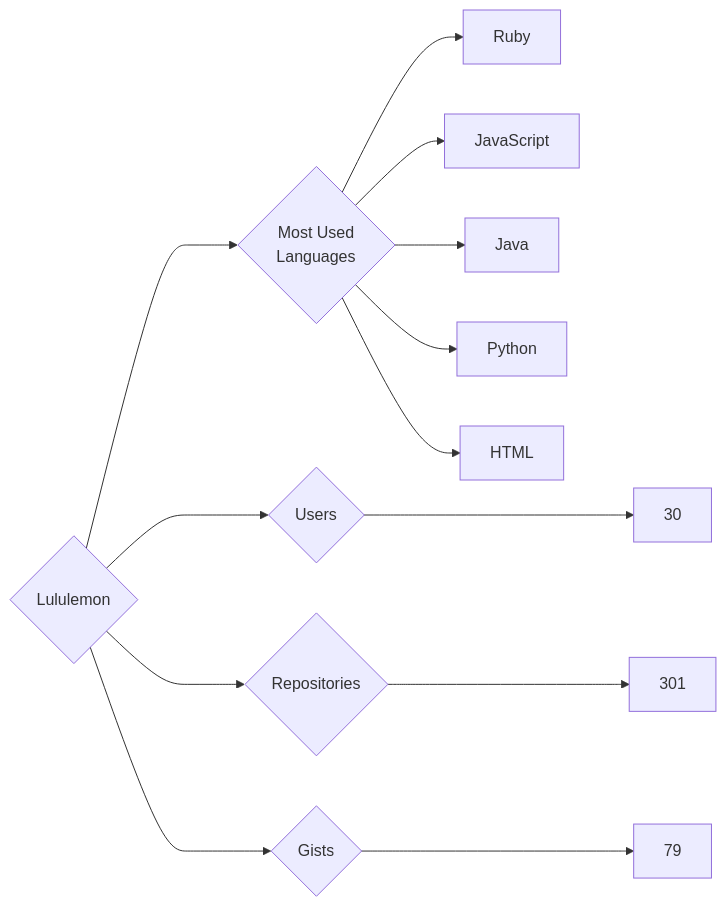
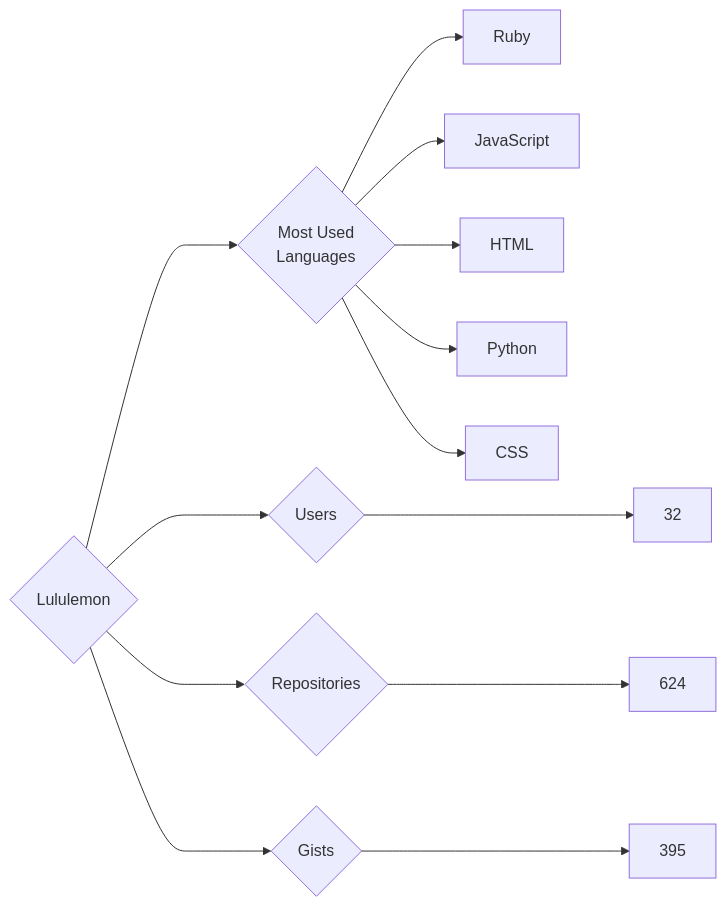
Before and after one commit to trickest/insiders: the diagram in targets/Lululemon/README.md, drawn with Mermaid. The commit also changed 837 other files, not shown here.

````diff
--- a/targets/Lululemon/README.md
+++ b/targets/Lululemon/README.md
@@ -3,13 +3,13 @@
 ```mermaid
 graph LR
 COMPANY_NAME{Lululemon}
-COMPANY_NAME ---> U{Users} ---> UN[30]
-COMPANY_NAME ---> R{Repositories} ---> RN[301]
-COMPANY_NAME ---> G{Gists} ---> GN[79]
+COMPANY_NAME ---> U{Users} ---> UN[32]
+COMPANY_NAME ---> R{Repositories} ---> RN[624]
+COMPANY_NAME ---> G{Gists} ---> GN[395]
 COMPANY_NAME ---> ML{Most Used<br>Languages}
 ML --> Ruby[Ruby]
 ML --> JavaScript[JavaScript]
-ML --> Java[Java]
+ML --> HTML[HTML]
 ML --> Python[Python]
-ML --> HTML[HTML]
+ML --> CSS[CSS]
 ```
````
